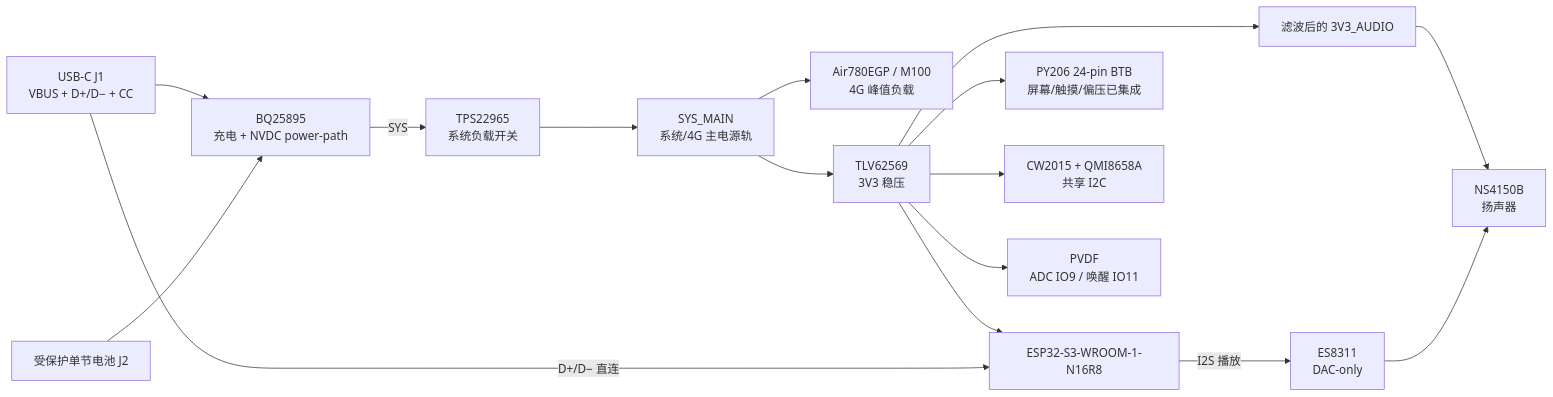
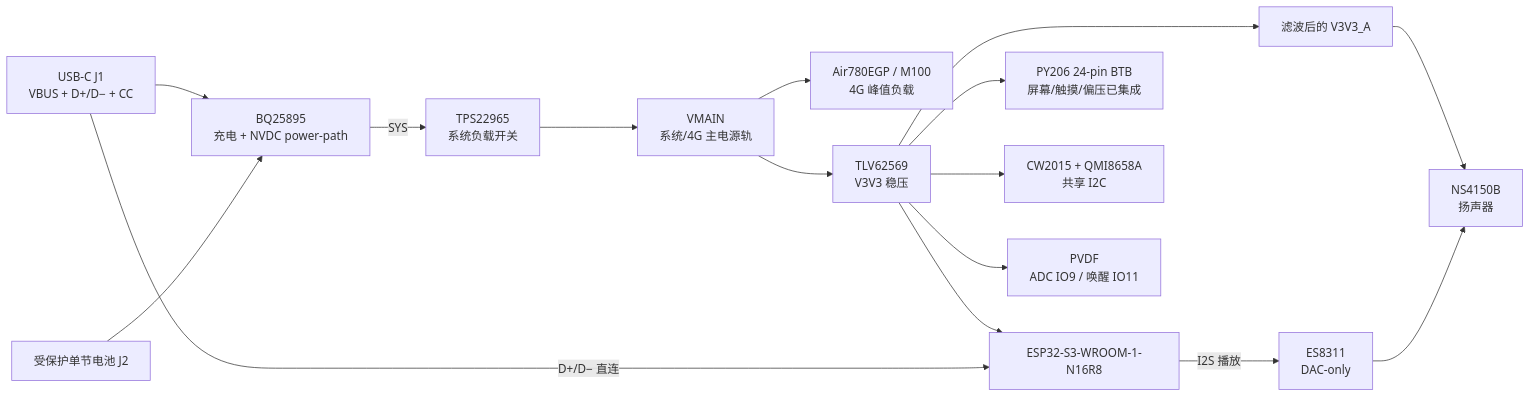
One commit to zhanghongchen1213/Electronic_Wooden_Fish changed the first of 2 diagrams in docs/hardware/电子木鱼-硬件原理图设计基线.md. Above: the diagram before and after it, drawn with Mermaid. The commit also changed other lines of this file and 15 other files, not shown here.

Commit message:
docs: 删除过时的电子木鱼项目文档，整合硬件原理图与电源网络命名规范，确保设计信息的准确性与一致性。同时，更新相关文档以反映最新的设计决策与接口信息，提升可读性与可追溯性。

````diff
--- a/docs/hardware/电子木鱼-硬件原理图设计基线.md
+++ b/docs/hardware/电子木鱼-硬件原理图设计基线.md
@@ -48,18 +49,18 @@
 ```mermaid
 flowchart LR
   USB["USB-C J1\nVBUS + D+/D− + CC"] --> BQ["BQ25895\n充电 + NVDC power-path"]
   BAT["受保护单节电池 J2"] --> BQ
   BQ -->|SYS| SW["TPS22965\n系统负载开关"]
-  SW --> SYS["SYS_MAIN\n系统/4G 主电源轨"]
+  SW --> SYS["VMAIN\n系统/4G 主电源轨"]
   SYS --> M100["Air780EGP / M100\n4G 峰值负载"]
-  SYS --> REG["TLV62569\n3V3 稳压"]
+  SYS --> REG["TLV62569\nV3V3 稳压"]
   REG --> MCU["ESP32-S3-WROOM-1-N16R8"]
   REG --> LCD["PY206 24-pin BTB\n屏幕/触摸/偏压已集成"]
   REG --> SENS["CW2015 + QMI8658A\n共享 I2C"]
   REG --> PVDF["PVDF\nADC IO9 / 唤醒 IO11"]
-  REG --> AF["滤波后的 3V3_AUDIO"]
+  REG --> AF["滤波后的 V3V3_A"]
   AF --> AMP["NS4150B\n扬声器"]
   MCU -->|I2S 播放| CODEC["ES8311\nDAC-only"]
   CODEC --> AMP
   USB -->|D+/D− 直连| MCU
 ```
````
